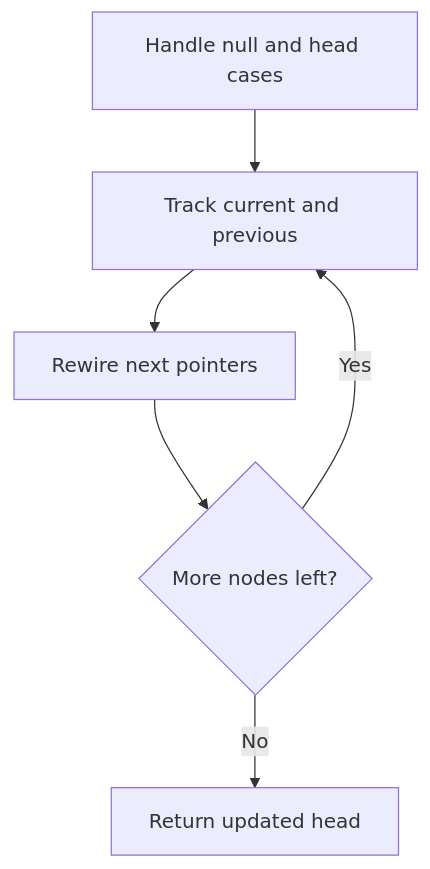
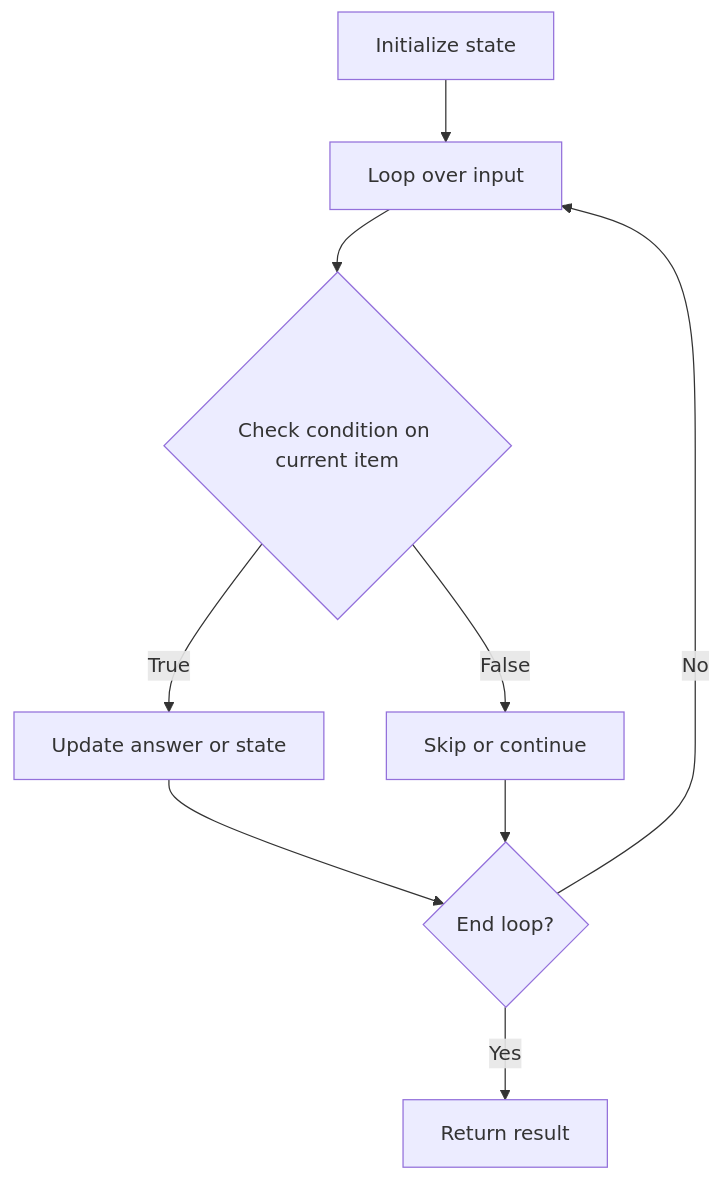
Before and after one commit to keshav-poojary/Leetcode: the diagram in NeetCode-Submissions/06.linked-lists/11-reverse-nodes-in-groups/readme.md, drawn with Mermaid. The commit also changed 105 other files, not shown here.

Commit message:
Add NeetCode README docs with mermaid diagrams

````diff
--- a/NeetCode-Submissions/06.linked-lists/11-reverse-nodes-in-groups/readme.md
+++ b/NeetCode-Submissions/06.linked-lists/11-reverse-nodes-in-groups/readme.md
@@ -28,8 +28,11 @@
 ```mermaid
 flowchart TD
-    A[Handle null and head cases] --> B[Track current and previous]
-    B --> C[Rewire next pointers]
-    C --> D{More nodes left?}
-    D -- Yes --> B
-    D -- No --> E[Return updated head]
+    A[Initialize state] --> B[Loop over input]
+    B --> C{Check condition on current item}
+    C -- True --> D[Update answer or state]
+    C -- False --> E[Skip or continue]
+    D --> F{End loop?}
+    E --> F
+    F -- No --> B
+    F -- Yes --> G[Return result]
 ```
````
